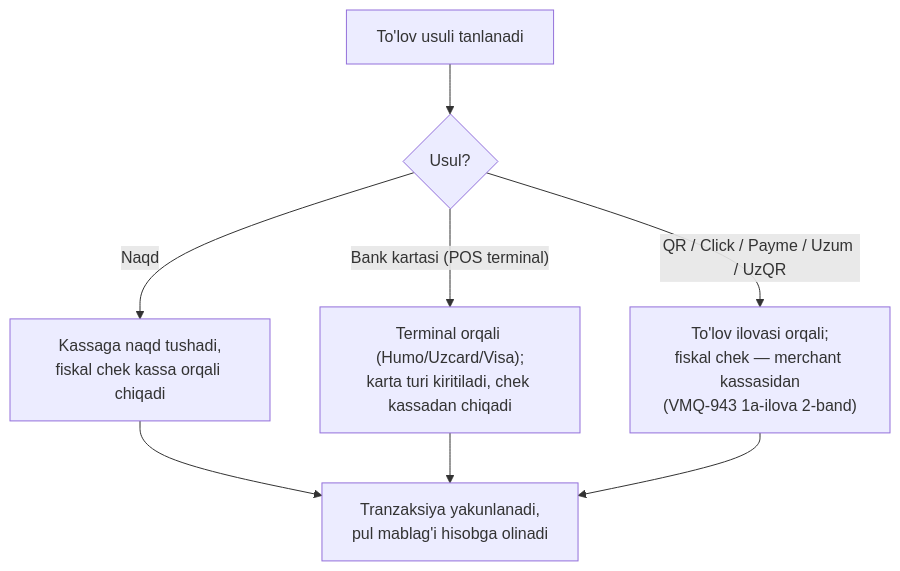
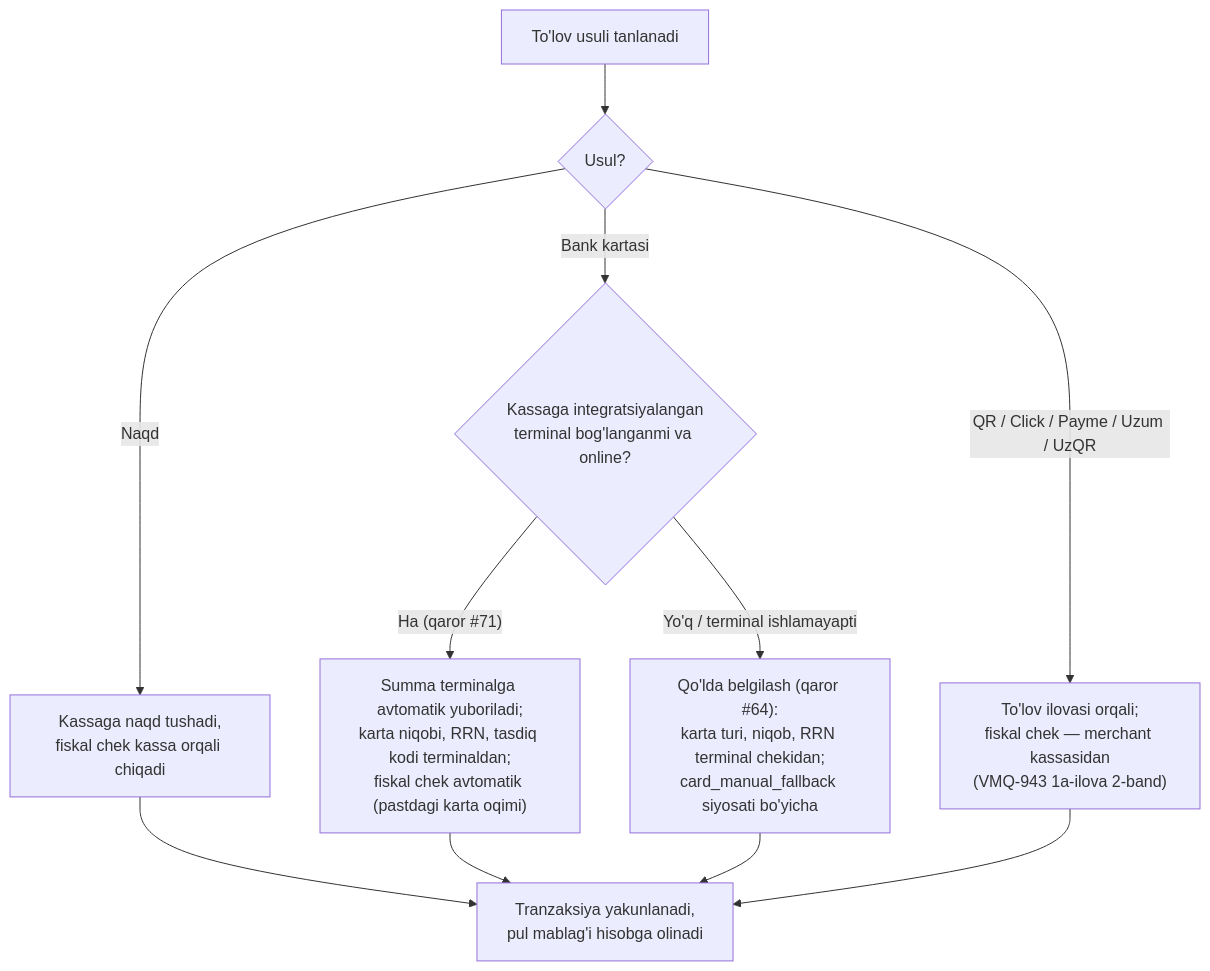
Before and after one commit to hasanoff507/erp: the fifth of 16 diagrams in spec/kod-uchun/04-biznes-jarayonlar.md, drawn with Mermaid. The commit also changed other lines of this file and 75 other files, not shown here.

First line of the commit message:
docs: integratsiyalangan karta terminali (qaror #71), premium dizayn tizimi va maketlar spec bilan moslashtirildi

````diff
--- a/spec/kod-uchun/04-biznes-jarayonlar.md
+++ b/spec/kod-uchun/04-biznes-jarayonlar.md
@@ -151,10 +151,13 @@
 ```mermaid
 flowchart TD
     A["To'lov usuli tanlanadi"] --> B{"Usul?"}
     B -- "Naqd" --> C["Kassaga naqd tushadi,\nfiskal chek kassa orqali chiqadi"]
-    B -- "Bank kartasi (POS terminal)" --> D["Terminal orqali (Humo/Uzcard/Visa);\nkarta turi kiritiladi, chek kassadan chiqadi"]
+    B -- "Bank kartasi" --> D{"Kassaga integratsiyalangan\nterminal bog'langanmi va online?"}
+    D -- "Ha (qaror #71)" --> D1["Summa terminalga avtomatik yuboriladi;\nkarta niqobi, RRN, tasdiq kodi terminaldan;\nfiskal chek avtomatik (pastdagi karta oqimi)"]
+    D -- "Yo'q / terminal ishlamayapti" --> D2["Qo'lda belgilash (qaror #64):\nkarta turi, niqob, RRN terminal chekidan;\ncard_manual_fallback siyosati bo'yicha"]
     B -- "QR / Click / Payme / Uzum / UzQR" --> E["To'lov ilovasi orqali;\nfiskal chek — merchant kassasidan\n(VMQ-943 1a-ilova 2-band)"]
     C --> F["Tranzaksiya yakunlanadi,\npul mablag'i hisobga olinadi"]
-    D --> F
+    D1 --> F
+    D2 --> F
     E --> F
 ```
````
